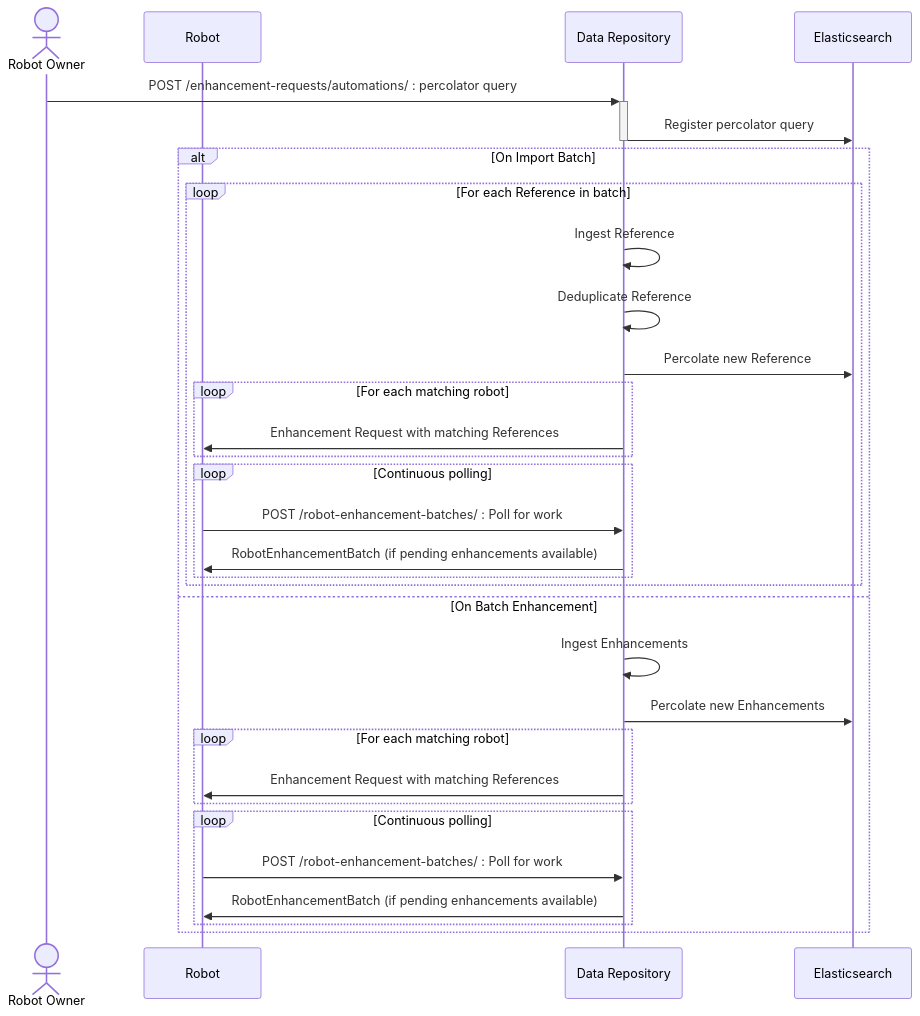
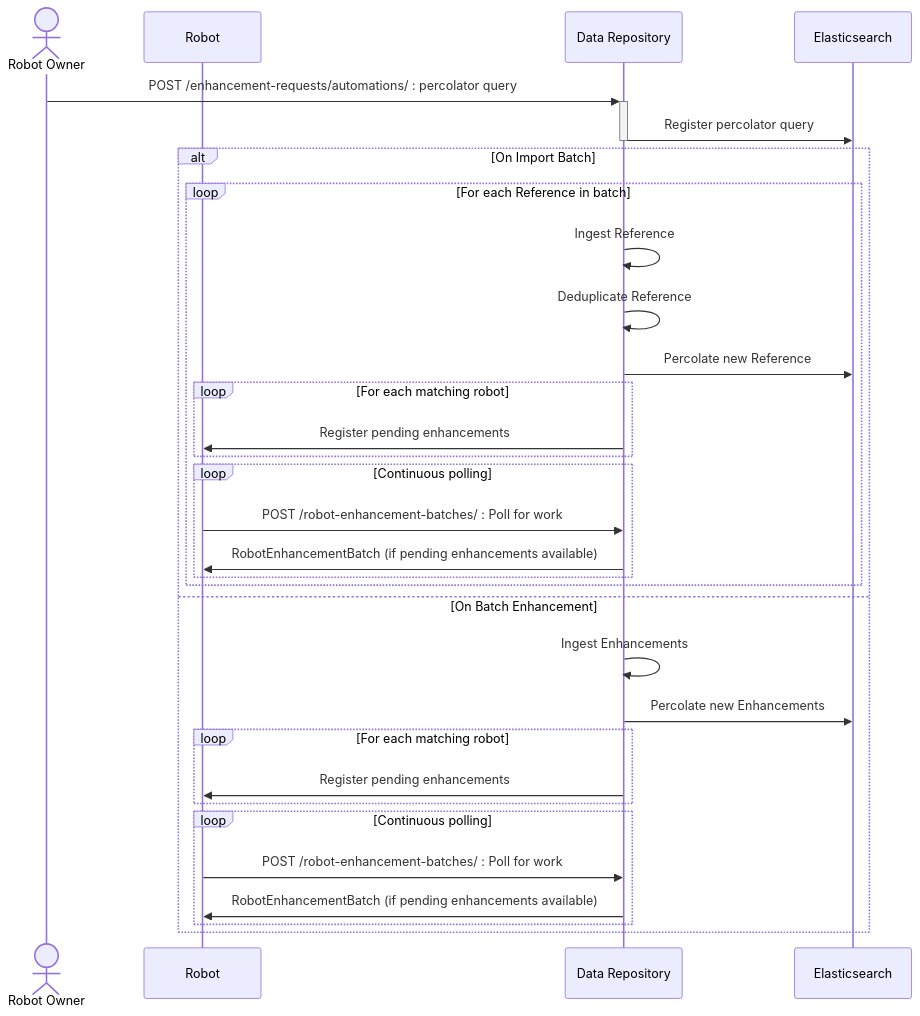
Before and after one commit to destiny-evidence/destiny-repository: the first of 3 diagrams in docs/procedures/robot-automation.rst, drawn with Mermaid. The commit also changed other lines of this file, not shown here.

```diff
--- a/docs/procedures/robot-automation.rst
+++ b/docs/procedures/robot-automation.rst
@@ -8,35 +8,35 @@
 .. mermaid::
 
     sequenceDiagram
         Actor RO as Robot Owner
         participant R as Robot
         participant DR as Data Repository
         participant ES as Elasticsearch
 
         RO->>+DR: POST /enhancement-requests/automations/ : percolator query
         DR->>-ES: Register percolator query
 
         alt On Import Batch
             loop For each Reference in batch
                 DR->>DR: Ingest Reference
                 DR->>DR: Deduplicate Reference
                 DR->>ES: Percolate new Reference
                 loop For each matching robot
-                    DR->>R: Enhancement Request with matching References
+                    DR->>R: Register pending enhancements
                 end
                 loop Continuous polling
                     R->>DR: POST /robot-enhancement-batches/ : Poll for work
                     DR->>R: RobotEnhancementBatch (if pending enhancements available)
                 end
             end
         else On Batch Enhancement
             DR->>DR: Ingest Enhancements
             DR->>ES: Percolate new Enhancements
             loop For each matching robot
-                DR->>R: Enhancement Request with matching References
+                DR->>R: Register pending enhancements
             end
             loop Continuous polling
                 R->>DR: POST /robot-enhancement-batches/ : Poll for work
                 DR->>R: RobotEnhancementBatch (if pending enhancements available)
             end
         end
```
